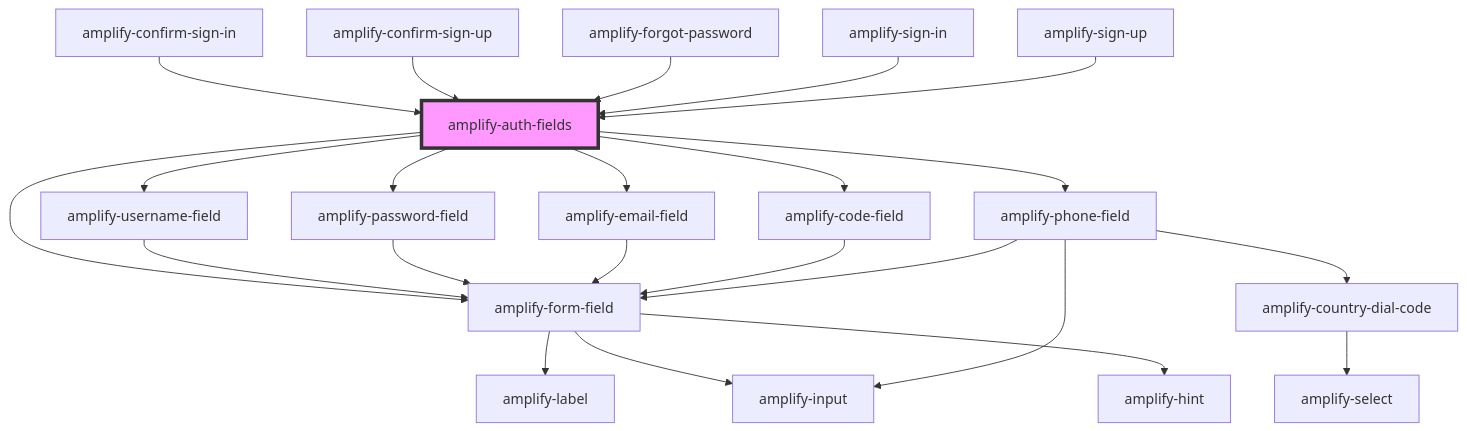
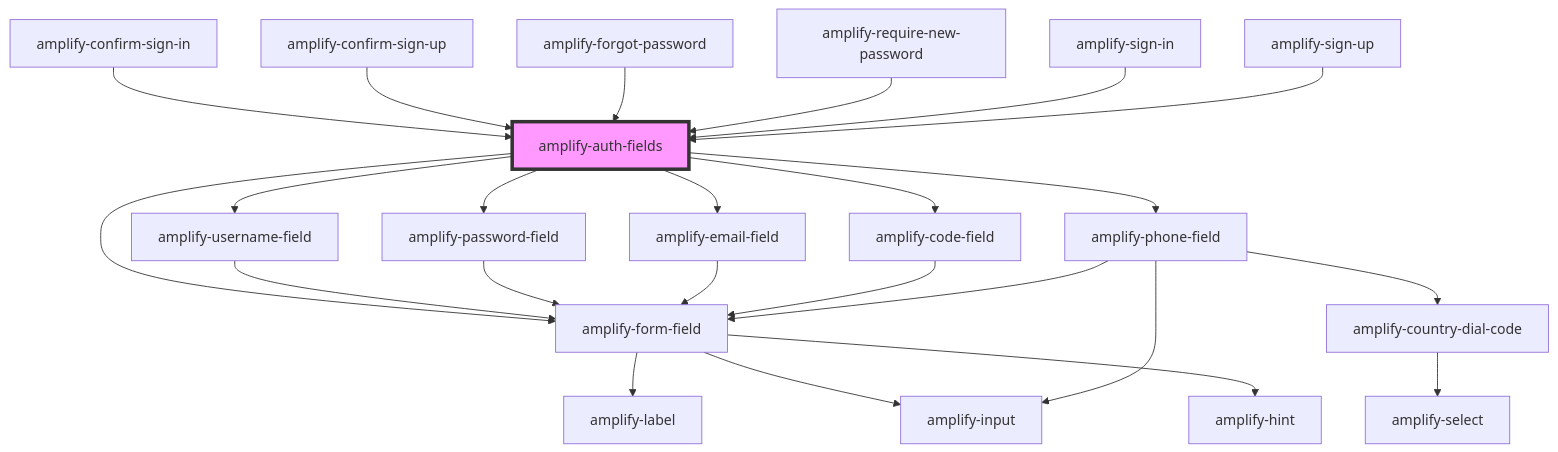
Before and after one commit to OneDev0411/amplify-js: the diagram in packages/amplify-ui-components/src/components/amplify-auth-fields/readme.md, drawn with Mermaid. The commit also changed other lines of this file and 17 other files, not shown here.

First line of the commit message:
feat(@aws-amplify/ui-components): amplify-require-new-password component (#4421)

````diff
--- a/packages/amplify-ui-components/src/components/amplify-auth-fields/readme.md
+++ b/packages/amplify-ui-components/src/components/amplify-auth-fields/readme.md
@@ -33,26 +34,27 @@
 ```mermaid
 graph TD;
   amplify-auth-fields --> amplify-username-field
   amplify-auth-fields --> amplify-password-field
   amplify-auth-fields --> amplify-email-field
   amplify-auth-fields --> amplify-code-field
   amplify-auth-fields --> amplify-phone-field
   amplify-auth-fields --> amplify-form-field
   amplify-username-field --> amplify-form-field
   amplify-form-field --> amplify-label
   amplify-form-field --> amplify-input
   amplify-form-field --> amplify-hint
   amplify-password-field --> amplify-form-field
   amplify-email-field --> amplify-form-field
   amplify-code-field --> amplify-form-field
   amplify-phone-field --> amplify-form-field
   amplify-phone-field --> amplify-country-dial-code
   amplify-phone-field --> amplify-input
   amplify-country-dial-code --> amplify-select
   amplify-confirm-sign-in --> amplify-auth-fields
   amplify-confirm-sign-up --> amplify-auth-fields
   amplify-forgot-password --> amplify-auth-fields
+  amplify-require-new-password --> amplify-auth-fields
   amplify-sign-in --> amplify-auth-fields
   amplify-sign-up --> amplify-auth-fields
   style amplify-auth-fields fill:#f9f,stroke:#333,stroke-width:4px
 ```
````
